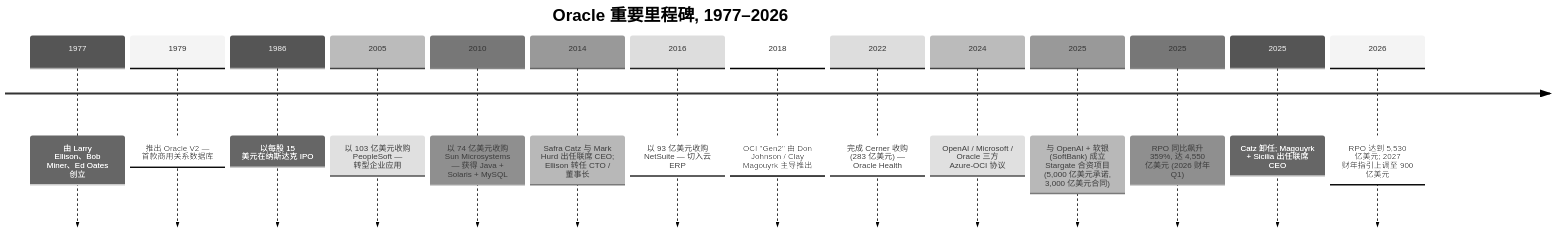
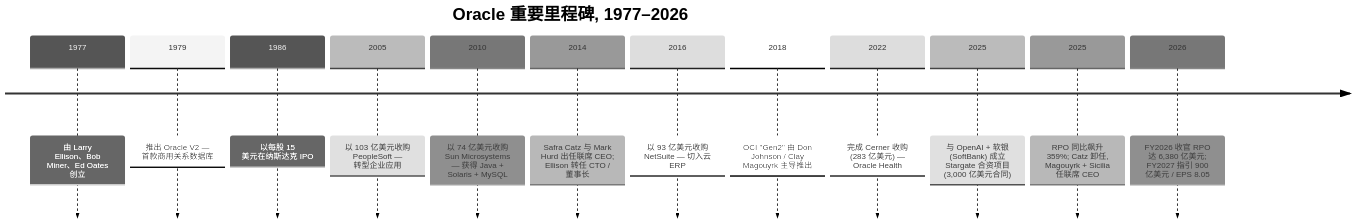
Before and after one commit to dadachundan/financial_agent: the first of 4 diagrams in reports/company/Oracle_NYSE_ORCL/Oracle_NYSE_ORCL_公司研究.md, drawn with Mermaid (neutral theme). The commit also changed other lines of this file, not shown here.

First line of the commit message:
feat(company-research): refresh Oracle (ORCL) — Q4 FY2026 actuals + decision layer

````diff
--- a/reports/company/Oracle_NYSE_ORCL/Oracle_NYSE_ORCL_公司研究.md
+++ b/reports/company/Oracle_NYSE_ORCL/Oracle_NYSE_ORCL_公司研究.md
@@ -66,18 +386,16 @@
 ```mermaid
 timeline
     title Oracle 重要里程碑, 1977–2026
     1977 : 由 Larry Ellison、Bob Miner、Ed Oates 创立
     1979 : 推出 Oracle V2 — 首款商用关系数据库
     1986 : 以每股 15 美元在纳斯达克 IPO
     2005 : 以 103 亿美元收购 PeopleSoft — 转型企业应用
     2010 : 以 74 亿美元收购 Sun Microsystems — 获得 Java + Solaris + MySQL
     2014 : Safra Catz 与 Mark Hurd 出任联席 CEO; Ellison 转任 CTO / 董事长
     2016 : 以 93 亿美元收购 NetSuite — 切入云 ERP
     2018 : OCI "Gen2" 由 Don Johnson / Clay Magouyrk 主导推出
     2022 : 完成 Cerner 收购 (283 亿美元) — Oracle Health
-    2024 : OpenAI / Microsoft / Oracle 三方 Azure-OCI 协议
-    2025 : 与 OpenAI + 软银 (SoftBank) 成立 Stargate 合资项目 (5,000 亿美元承诺, 3,000 亿美元合同)
-    2025 : RPO 同比飙升 359%, 达 4,550 亿美元 (2026 财年 Q1)
-    2025 : Catz 卸任; Magouyrk + Sicilia 出任联席 CEO
-    2026 : RPO 达到 5,530 亿美元; 2027 财年指引上调至 900 亿美元
+    2025 : 与 OpenAI + 软银 (SoftBank) 成立 Stargate 合资项目 (3,000 亿美元合同)
+    2025 : RPO 同比飙升 359%; Catz 卸任, Magouyrk + Sicilia 任联席 CEO
+    2026 : FY2026 收官 RPO 达 6,380 亿美元; FY2027 指引 900 亿美元 / EPS 8.05
 ```
````
